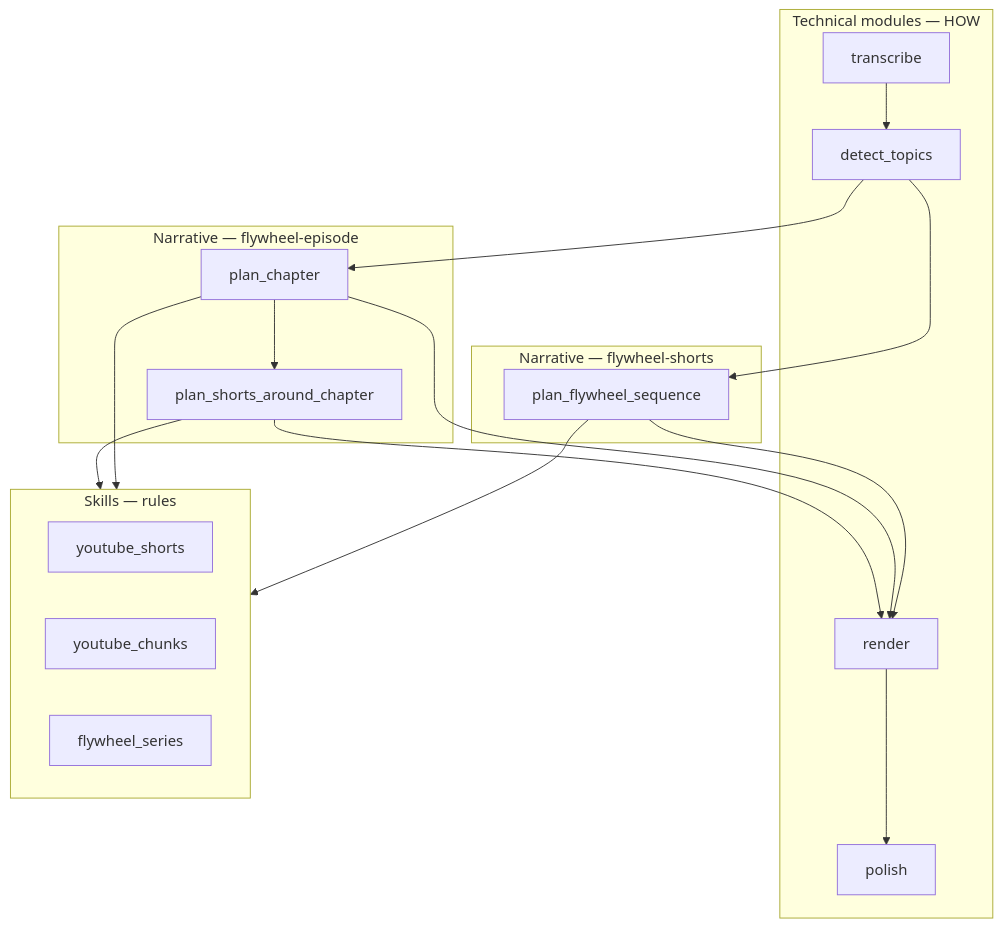
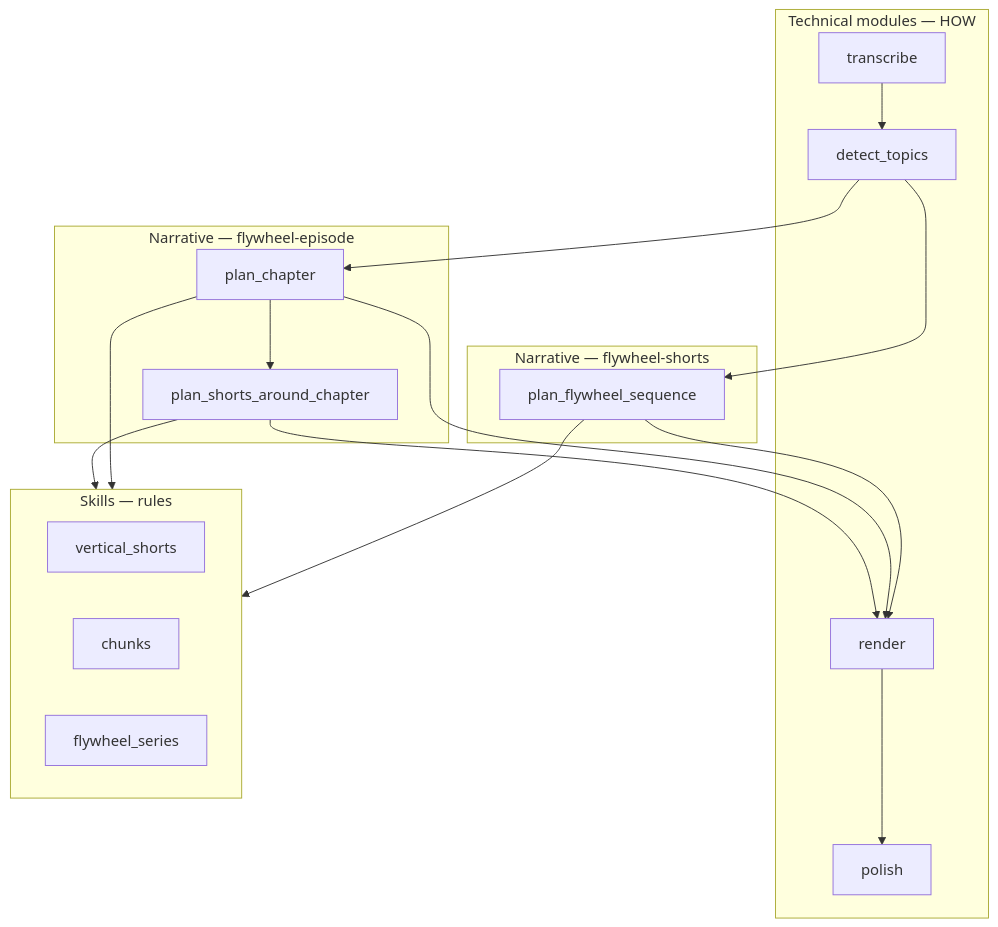
One commit to Tipper-Network/video-shorts-extractor changed the third of 3 diagrams in planning/flywheel-strategies-visual.md. Above: the diagram before and after it, drawn with Mermaid. The commit also changed 80 other files, not shown here.

````diff
--- a/planning/flywheel-strategies-visual.md
+++ b/planning/flywheel-strategies-visual.md
@@ -92,36 +92,36 @@
 ```mermaid
 flowchart TB
   subgraph TECH["Technical modules — HOW"]
     T1[transcribe]
     T2[detect_topics]
     T3[render]
     T4[polish]
   end
 
   subgraph NAR_SHORTS["Narrative — flywheel-shorts"]
     NS[plan_flywheel_sequence]
   end
 
   subgraph NAR_EP["Narrative — flywheel-episode"]
     NC[plan_chapter]
     NP[plan_shorts_around_chapter]
   end
 
   subgraph SK["Skills — rules"]
-    SK1[youtube_shorts]
-    SK2[youtube_chunks]
+    SK1[vertical_shorts]
+    SK2[chunks]
     SK3[flywheel_series]
   end
 
   T1 --> T2
   T2 --> NS
   T2 --> NC
   NC --> NP
   NS --> SK
   NC --> SK
   NP --> SK
   NS --> T3
   NC --> T3
   NP --> T3
   T3 --> T4
 ```
````
